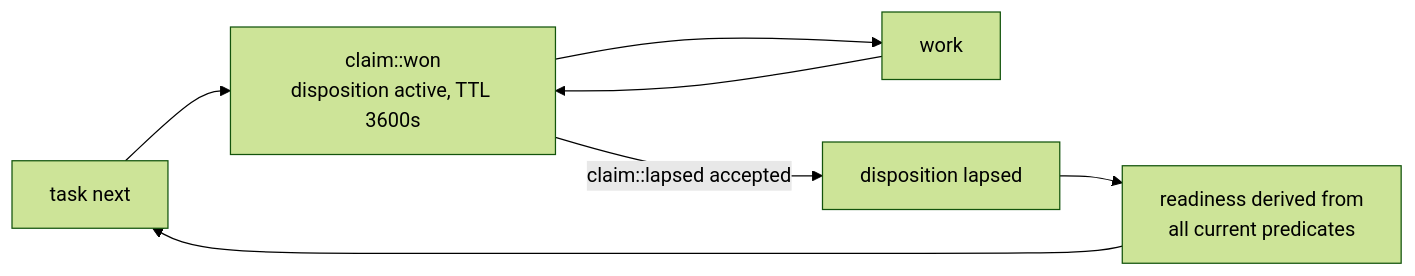
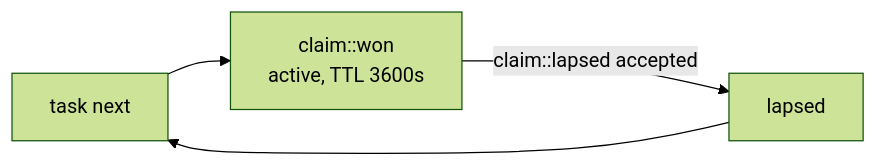
One commit to infimalabs/spice-rust changed the third of 7 diagrams in docs/product/value.md. Above: the diagram before and after it, drawn with Mermaid (forest theme). The commit also changed other lines of this file and 20 other files, not shown here.

````diff
--- a/docs/product/value.md
+++ b/docs/product/value.md
@@ -109,9 +88,6 @@
 ```mermaid
 flowchart LR
-  N["task next"] --> C["claim::won<br/>disposition active, TTL 3600s"]
-  C --> W[work]
-  W --> C
-  C -- "claim::lapsed accepted" --> L["disposition lapsed"]
-  L --> RL["readiness derived from<br/>all current predicates"]
-  RL --> N
+  N["task next"] --> C["claim::won<br/>active, TTL 3600s"]
+  C -- "claim::lapsed accepted" --> L["lapsed"]
+  L --> N
 ```
````
